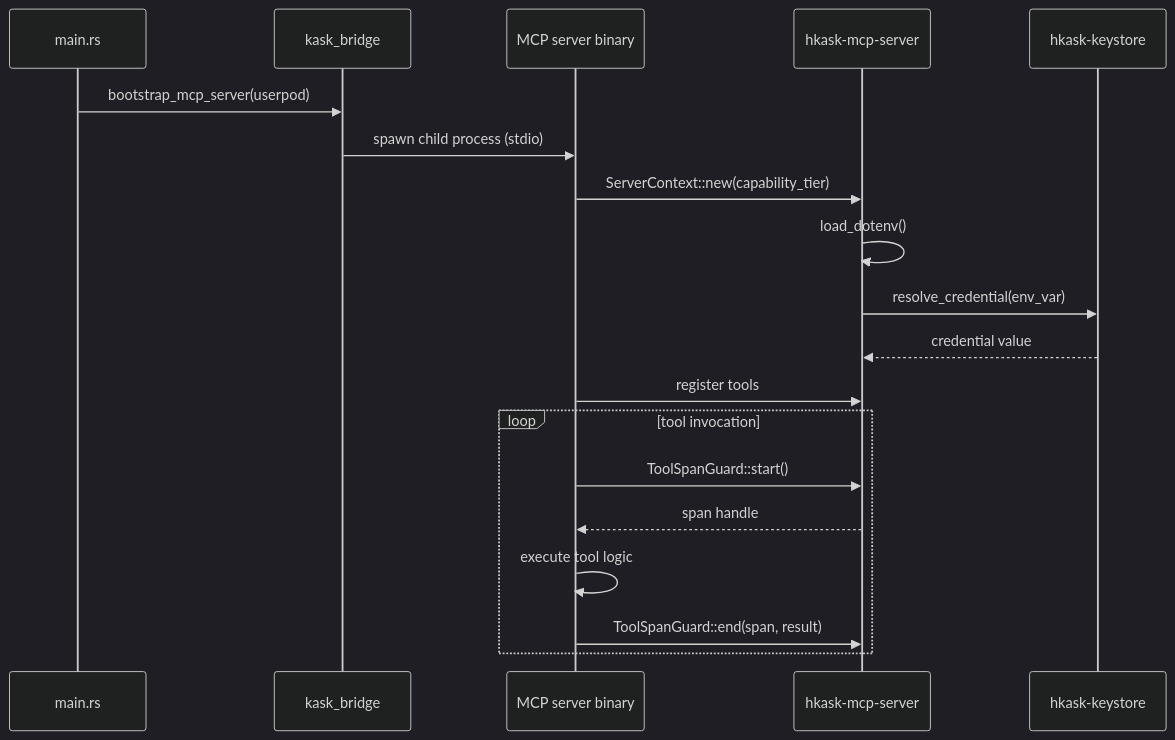
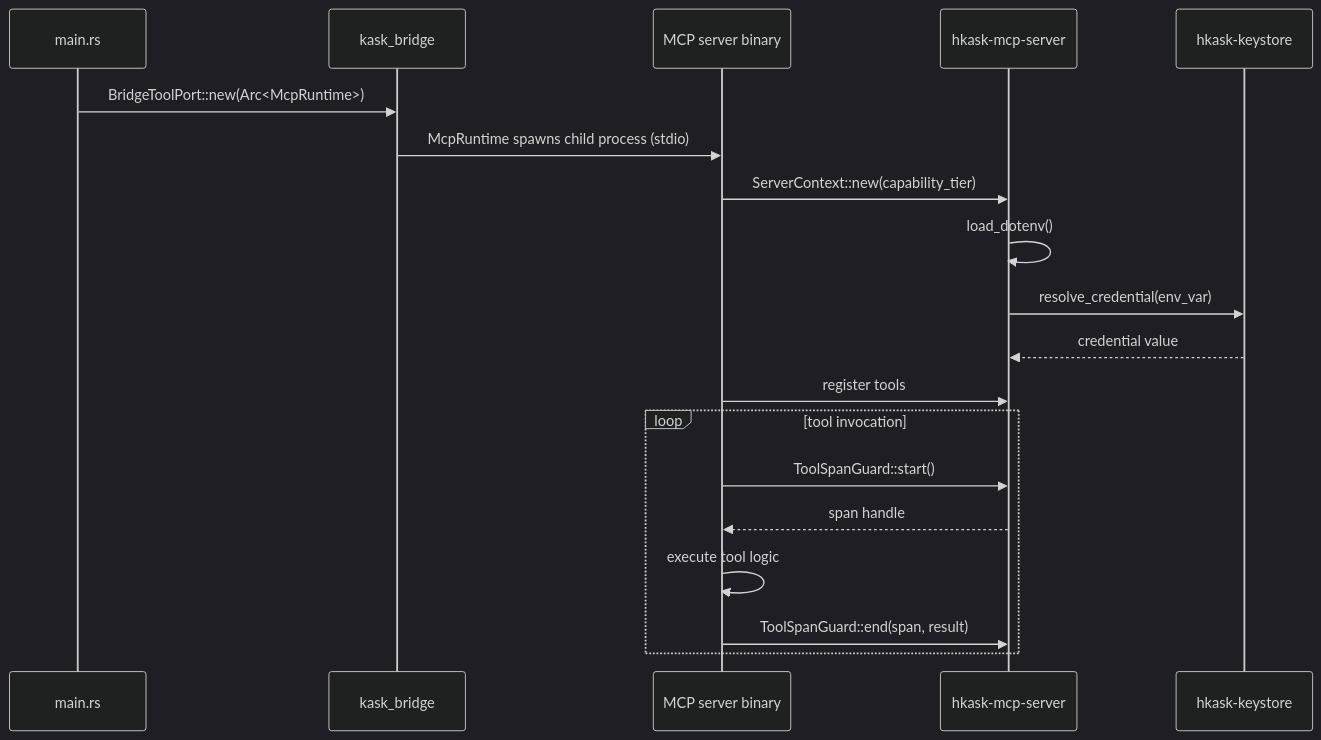
One commit to mdz-axo/zed-kask changed the diagram in kask/docs/diataxis/hkask-mcp-server/explanation.md. Above: the diagram before and after it, drawn with Mermaid (dark theme). The commit also changed other lines of this file and 18 other files, not shown here.

First line of the commit message:
Rename MCP server registry and fix zero embedding_dim

````diff
--- a/kask/docs/diataxis/hkask-mcp-server/explanation.md
+++ b/kask/docs/diataxis/hkask-mcp-server/explanation.md
@@ -37,22 +37,22 @@
 ```mermaid
 sequenceDiagram
     participant Main as main.rs
     participant Bridge as kask_bridge
     participant Server as MCP server binary
     participant Framework as hkask-mcp-server
     participant Keystore as hkask-keystore
 
-    Main->>Bridge: bootstrap_mcp_server(userpod)
-    Bridge->>Server: spawn child process (stdio)
+    Main->>Bridge: BridgeToolPort::new(Arc<McpRuntime>)
+    Bridge->>Server: McpRuntime spawns child process (stdio)
     Server->>Framework: ServerContext::new(capability_tier)
     Framework->>Framework: load_dotenv()
     Framework->>Keystore: resolve_credential(env_var)
     Keystore-->>Framework: credential value
     Server->>Framework: register tools
     loop tool invocation
         Server->>Framework: ToolSpanGuard::start()
         Framework-->>Server: span handle
         Server->>Server: execute tool logic
         Server->>Framework: ToolSpanGuard::end(span, result)
     end
 ```
````
